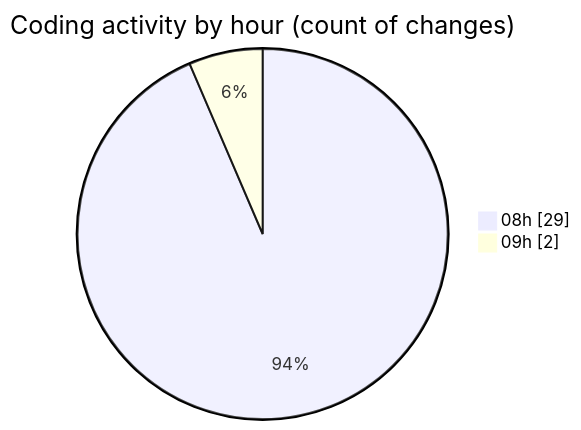
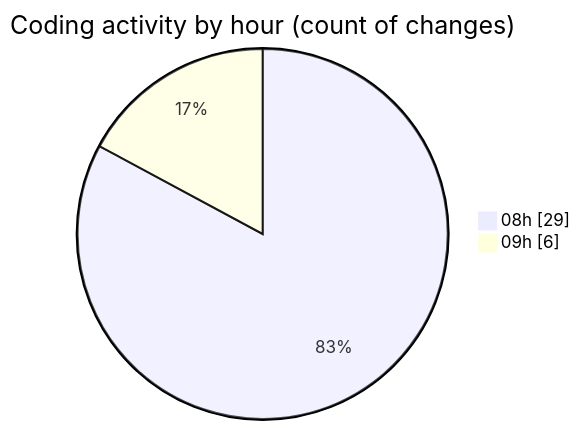
Before and after one commit to MatusMokan/code-tracking: the second of 2 diagrams in 2025-04-20/myws__workspace_/README.md, drawn with Mermaid. The commit also changed other lines of this file and 1 other file, not shown here.

````diff
--- a/2025-04-20/myws__workspace_/README.md
+++ b/2025-04-20/myws__workspace_/README.md
@@ -28,6 +28,6 @@
 ```mermaid
 pie showData
 title Coding activity by hour (count of changes)
 "08h" : 29
-"09h" : 2
+"09h" : 6
 ```
````
